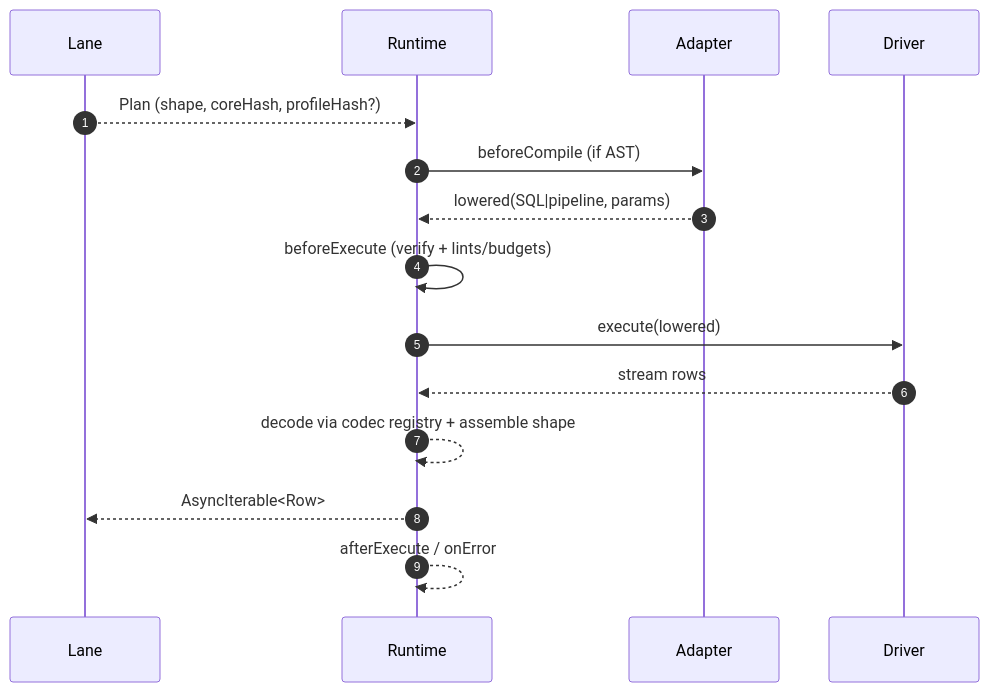
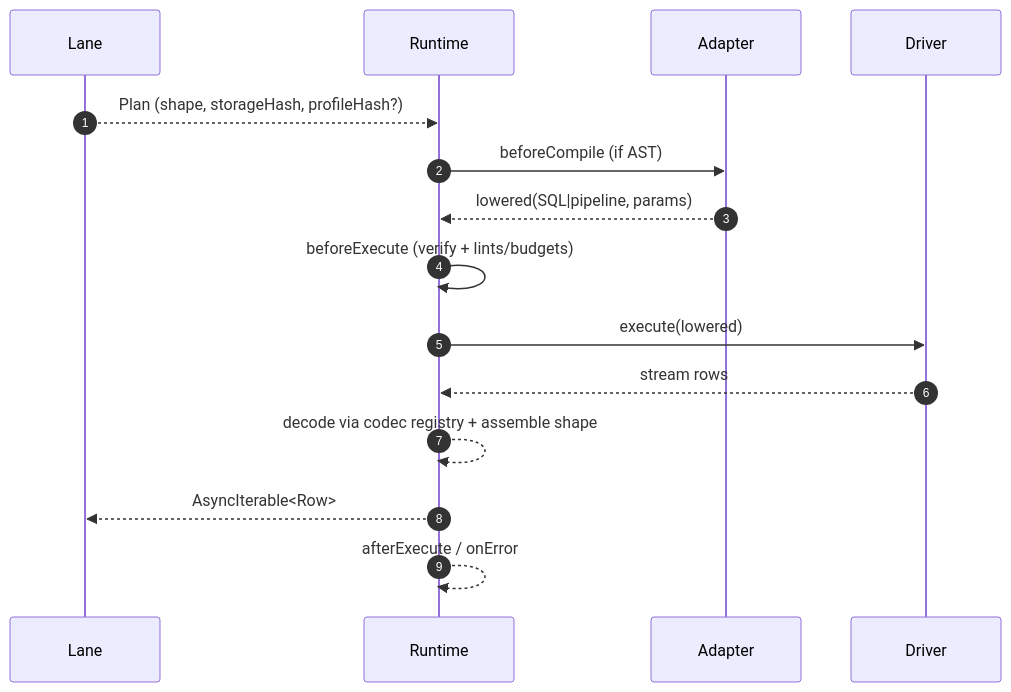
The third of 3 diagrams in docs/architecture docs/subsystems/5. Adapters & Targets.md (prisma/prisma-next), drawn with Mermaid before and after one commit. The commit also changed other lines of this file and 262 other files, not shown here.

````diff
--- a/docs/architecture docs/subsystems/5. Adapters & Targets.md
+++ b/docs/architecture docs/subsystems/5. Adapters & Targets.md
@@ -493,18 +493,18 @@
 ```mermaid
 sequenceDiagram
   autonumber
   participant Lane
   participant Runtime
   participant Adapter
   participant Driver
 
-  Lane-->>Runtime: Plan (shape, coreHash, profileHash?)
+  Lane-->>Runtime: Plan (shape, storageHash, profileHash?)
   Runtime->>Adapter: beforeCompile (if AST)
   Adapter-->>Runtime: lowered(SQL|pipeline, params)
   Runtime->>Runtime: beforeExecute (verify + lints/budgets)
   Runtime->>Driver: execute(lowered)
   Driver-->>Runtime: stream rows
   Runtime-->>Runtime: decode via codec registry + assemble shape
   Runtime-->>Lane: AsyncIterable<Row>
   Runtime-->>Runtime: afterExecute / onError
 ```
````
